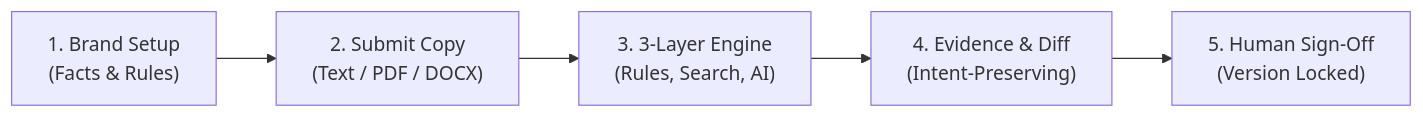
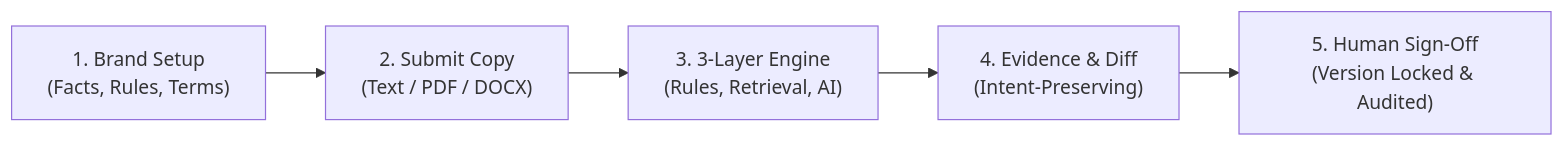
One commit to codewithlily-07/verity-brand-governance changed the diagram in README.md. Above: the diagram before and after it, drawn with Mermaid. The commit also changed other lines of this file and 25 other files, not shown here.

````diff
--- a/README.md
+++ b/README.md
@@ -25,7 +26,7 @@
 ```mermaid
 flowchart LR
-    A["1. Brand Setup\n(Facts & Rules)"] --> B["2. Submit Copy\n(Text / PDF / DOCX)"]
-    B --> C["3. 3-Layer Engine\n(Rules, Search, AI)"]
+    A["1. Brand Setup\n(Facts, Rules, Terms)"] --> B["2. Submit Copy\n(Text / PDF / DOCX)"]
+    B --> C["3. 3-Layer Engine\n(Rules, Retrieval, AI)"]
     C --> D["4. Evidence & Diff\n(Intent-Preserving)"]
-    D --> E["5. Human Sign-Off\n(Version Locked)"]
+    D --> E["5. Human Sign-Off\n(Version Locked & Audited)"]
 ```
````
